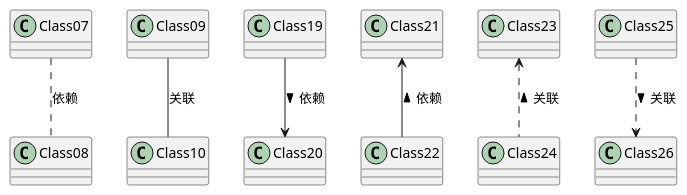
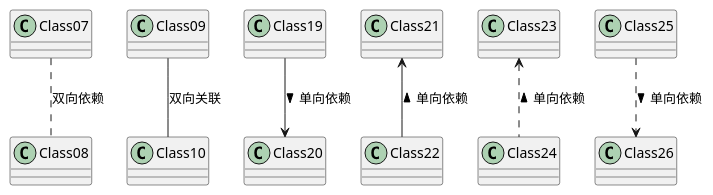
Before and after one commit to EugeneJao/online_doc: diagram 28 of 52 in docs/demo/graph.md, drawn with PlantUML. The commit also changed other lines of this file, not shown here.

Commit message:
修改demo示例错误

```diff
--- a/docs/demo/graph.md
+++ b/docs/demo/graph.md
@@ -696,8 +696,8 @@
 @startuml
-Class07 .. Class08: 依赖
-Class09 -- Class10: 关联
-Class19 --> Class20: 依赖 >
-Class21 <-- Class22: 依赖 <
-Class23 <.. Class24: 关联 <
-Class25 ..> Class26: 关联 >
+Class07 .. Class08: 双向依赖
+Class09 -- Class10: 双向关联
+Class19 --> Class20: 单向依赖 >
+Class21 <-- Class22: 单向依赖 <
+Class23 <.. Class24: 单向依赖 <
+Class25 ..> Class26: 单向依赖 >
 @enduml
```
